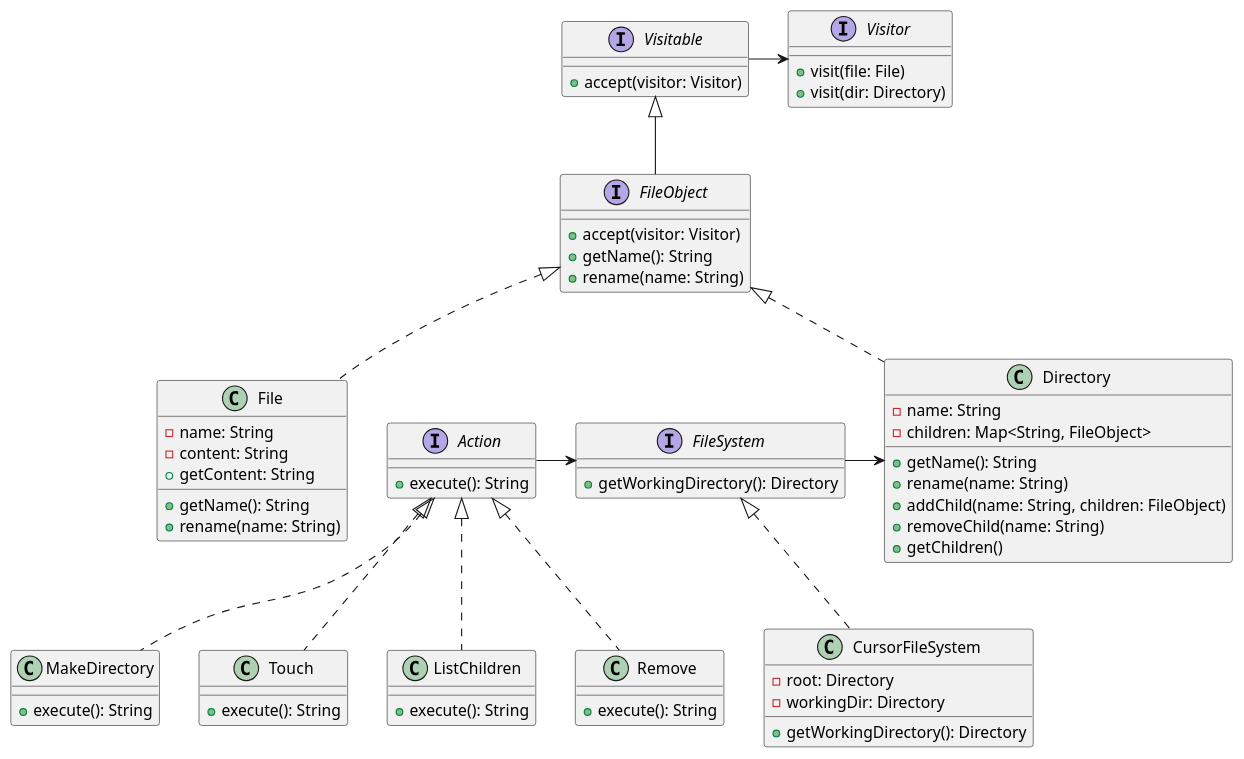
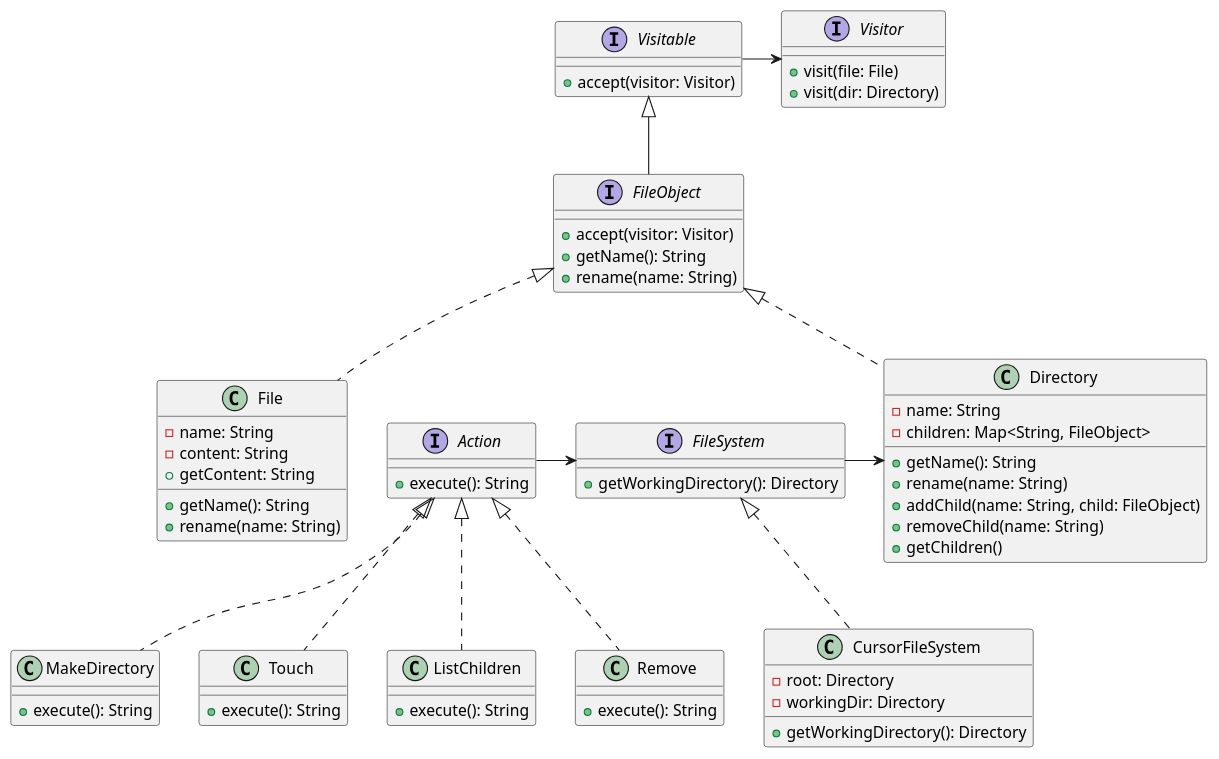
The diagram in diagrams/FileSystem.puml (austral-ingsis-classroom/clifford-TomRolB), drawn with PlantUML before and after one commit. The commit also changed 12 other files, not shown here.

```diff
--- a/diagrams/FileSystem.puml
+++ b/diagrams/FileSystem.puml
@@ -1,71 +1,71 @@
 @startuml
 'https://plantuml.com/class-diagram
 
 interface FileSystem {
     + getWorkingDirectory(): Directory
 }
 
 class CursorFileSystem implements FileSystem {
     - root: Directory
     - workingDir: Directory
     + getWorkingDirectory(): Directory
 }
 
 interface Visitor {
     + visit(file: File)
     + visit(dir: Directory)
 }
 
 interface Visitable {
     + accept(visitor: Visitor)
 }
 
 interface FileObject extends Visitable {
     + accept(visitor: Visitor)
     + getName(): String
     + rename(name: String)
 }
 
 class Directory implements FileObject {
     - name: String
     - children: Map<String, FileObject>
     + getName(): String
     + rename(name: String)
-    + addChild(name: String, children: FileObject)
+    + addChild(name: String, child: FileObject)
     + removeChild(name: String)
     + getChildren()
 }
 
 class File implements FileObject {
     - name: String
     - content: String
     + getName(): String
     + rename(name: String)
     + getContent: String
 }
 
 interface Action {
     + execute(): String
 }
 
 'Should execute() return a String?
 'Should the commands have the result stored to an attribute?
 'Should the commands have listeners?
 class MakeDirectory implements Action {
     + execute(): String
 }
 class Touch implements Action {
     + execute(): String
 }
 class ListChildren implements Action {
     + execute(): String
 }
 class Remove implements Action {
     + execute(): String
 }
 
 FileSystem -> Directory
 Action -> FileSystem
 Visitable -> Visitor
 
 @enduml
```
